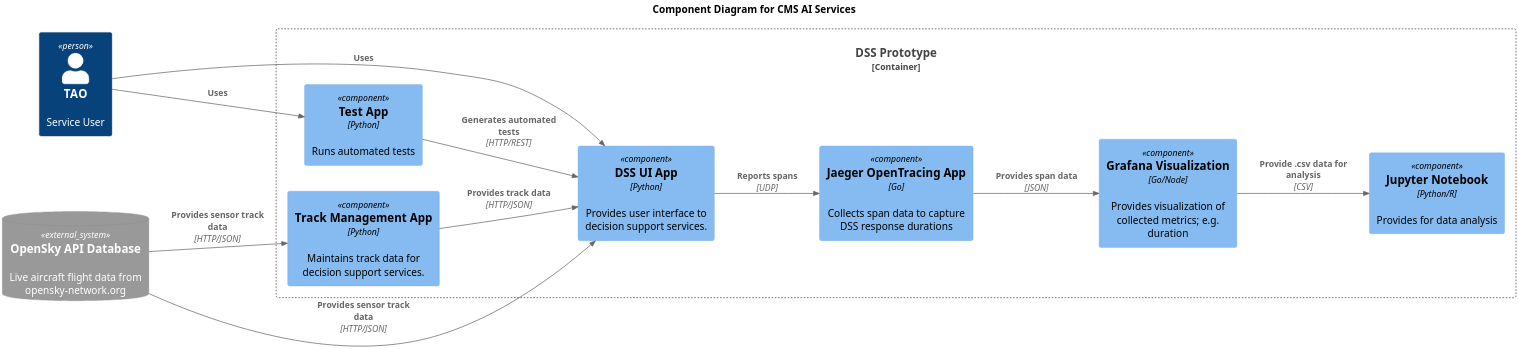
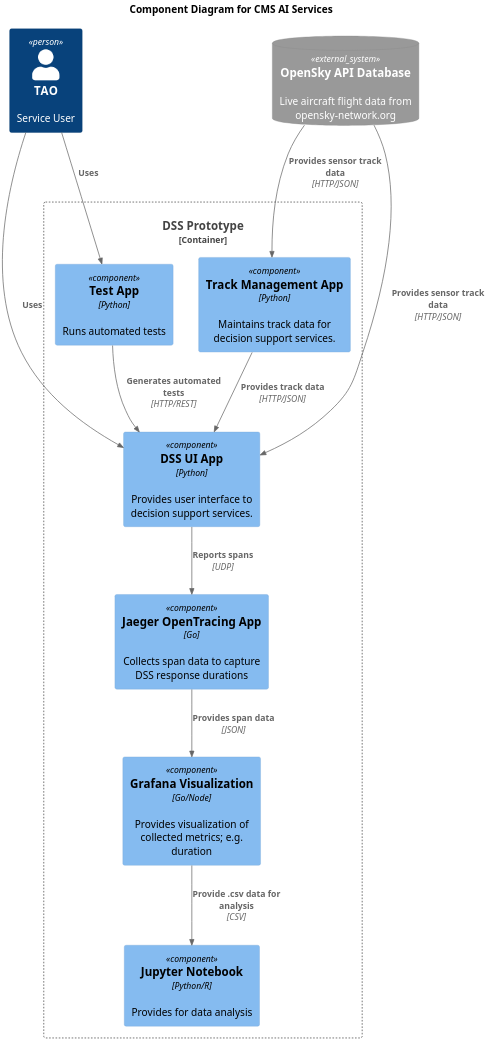
Before and after one commit to amurp003/dss-prototype: the second of 3 diagrams in doc/software-design/dss-prototype-sw-design.puml, drawn with PlantUML. The commit also changed other lines of this file and 4686 other files, not shown here.

```diff
--- a/doc/software-design/dss-prototype-sw-design.puml
+++ b/doc/software-design/dss-prototype-sw-design.puml
@@ -24,34 +24,34 @@
 @startuml Component Diagram v1
 skinparam dpi 300
 !include https://raw.githubusercontent.com/plantuml-stdlib/C4-PlantUML/master/C4_Component.puml
 ' uncomment the following line and comment the first to use locally
 ' !include C4_Component.puml
 
 
-LAYOUT_LANDSCAPE()
+' LAYOUT_LANDSCAPE()
 
 title Component Diagram for CMS AI Services
 
 Person(tao, TAO, "Service User")
 Container_Boundary(AI, "DSS Prototype"){
 
     Component(UI, "DSS UI App", "Python", "Provides user interface to decision support services.")
     Component(TM, "Track Management App", "Python", "Maintains track data for decision support services.")
     Component(TE, "Test App", "Python", "Runs automated tests")
     Component(Grafana, "Grafana Visualization", "Go/Node", "Provides visualization of collected metrics; e.g. duration")
     Component(Jaeger, "Jaeger OpenTracing App", "Go", "Collects span data to capture DSS response durations")
     Component(Jupyter, "Jupyter Notebook", "Python/R", "Provides for data analysis")
     }
 
 SystemDb_Ext(C2, "OpenSky API Database", "Live aircraft flight data from opensky-network.org")
 
 Rel(C2,TM, "Provides sensor track data", "HTTP/JSON")
 Rel(C2,UI, "Provides sensor track data", "HTTP/JSON")
 Rel(tao,UI, "Uses")
 Rel(tao,TE, "Uses")
 Rel(TM,UI, "Provides track data", "HTTP/JSON")
 Rel(TE,UI, "Generates automated tests", "HTTP/REST")
 Rel(UI,Jaeger, "Reports spans", "UDP")
 Rel(Jaeger,Grafana, "Provides span data", "JSON")
 Rel(Grafana,Jupyter, "Provide .csv data for analysis", "CSV")
 @enduml
```
